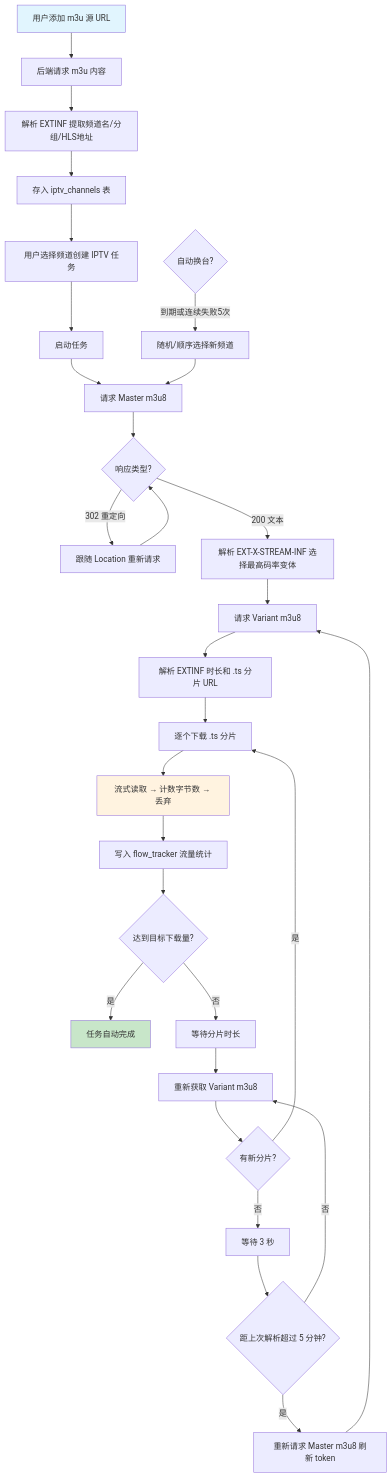
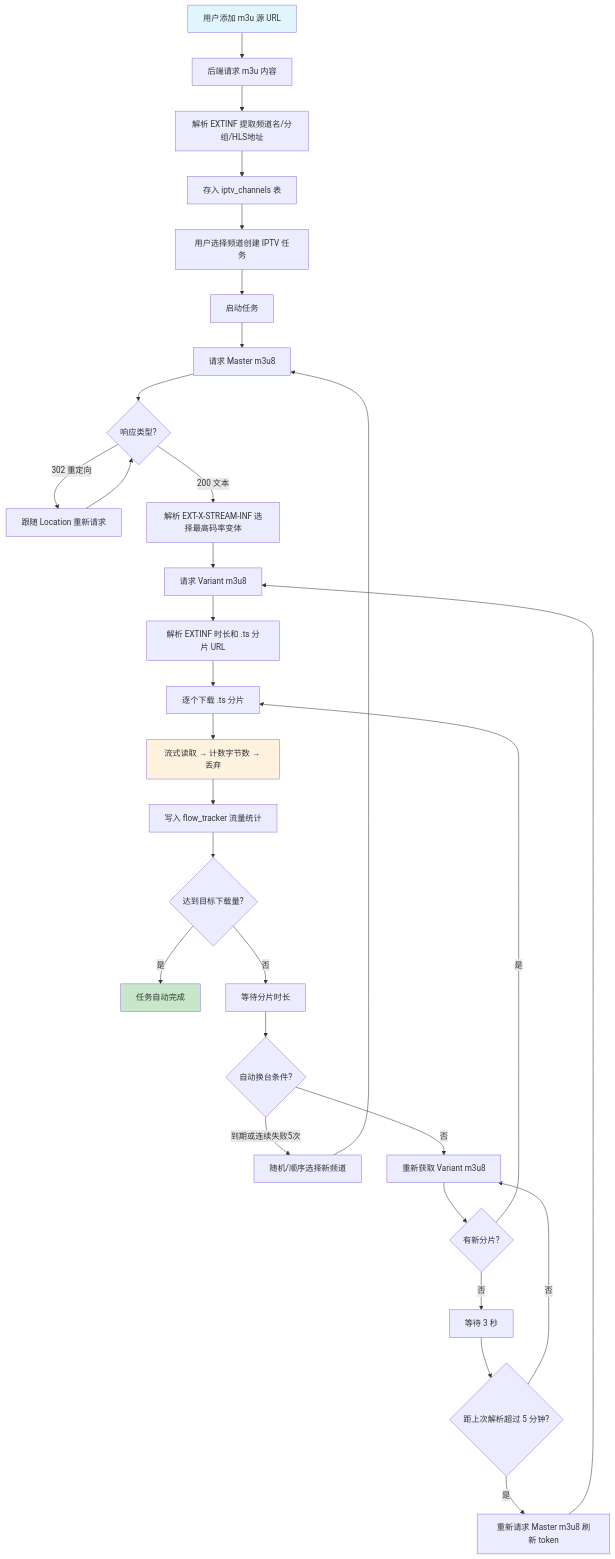
The diagram in docs/iptv-flowchart.md (steamcat1v5/brush_flow), drawn with Mermaid before and after one commit.

Commit message:
fix: correct flowchart logic flow
- Fixed 302 redirect loop: I --> H (not I --> G)
- Integrated auto-switch logic into main loop after waiting
- Added quotes to edge labels to prevent Mermaid parsing issues
- Reordered: wait → check switch → fetch new segments

````diff
--- a/docs/iptv-flowchart.md
+++ b/docs/iptv-flowchart.md
@@ -5,35 +5,36 @@
 ```mermaid
 flowchart TD
-    A[用户添加 m3u 源 URL] --> B[后端请求 m3u 内容]
-    B --> C[解析 EXTINF 提取频道名/分组/HLS地址]
-    C --> D[存入 iptv_channels 表]
-    D --> E[用户选择频道创建 IPTV 任务]
-    E --> F[启动任务]
-    F --> G[请求 Master m3u8]
-    G --> H{响应类型?}
-    H -->|302 重定向| I[跟随 Location 重新请求]
+    A["用户添加 m3u 源 URL"] --> B["后端请求 m3u 内容"]
+    B --> C["解析 EXTINF 提取频道名/分组/HLS地址"]
+    C --> D["存入 iptv_channels 表"]
+    D --> E["用户选择频道创建 IPTV 任务"]
+    E --> F["启动任务"]
+    F --> G["请求 Master m3u8"]
+    G --> H{"响应类型?"}
+    H -->|"302 重定向"| I["跟随 Location 重新请求"]
     I --> H
-    H -->|200 文本| J[解析 EXT-X-STREAM-INF 选择最高码率变体]
-    J --> K[请求 Variant m3u8]
-    K --> L[解析 EXTINF 时长和 .ts 分片 URL]
-    L --> M[逐个下载 .ts 分片]
-    M --> N[流式读取 → 计数字节数 → 丢弃]
-    N --> O[写入 flow_tracker 流量统计]
-    O --> P{达到目标下载量?}
-    P -->|是| Q[任务自动完成]
-    P -->|否| R[等待分片时长]
-    R --> S[重新获取 Variant m3u8]
-    S --> T{有新分片?}
-    T -->|是| M
-    T -->|否| U[等待 3 秒]
-    U --> V{距上次解析超过 5 分钟?}
-    V -->|是| W[重新请求 Master m3u8 刷新 token]
-    W --> K
-    V -->|否| S
-    X{自动换台?} -->|到期或连续失败5次| Y[随机/顺序选择新频道]
-    Y --> G
+    H -->|"200 文本"| J["解析 EXT-X-STREAM-INF 选择最高码率变体"]
+    J --> K["请求 Variant m3u8"]
+    K --> L["解析 EXTINF 时长和 .ts 分片 URL"]
+    L --> M["逐个下载 .ts 分片"]
+    M --> N["流式读取 → 计数字节数 → 丢弃"]
+    N --> O["写入 flow_tracker 流量统计"]
+    O --> P{"达到目标下载量?"}
+    P -->|"是"| Q["任务自动完成"]
+    P -->|"否"| R["等待分片时长"]
+    R --> S{"自动换台条件?"}
+    S -->|"到期或连续失败5次"| T["随机/顺序选择新频道"]
+    T --> G
+    S -->|"否"| U["重新获取 Variant m3u8"]
+    U --> V{"有新分片?"}
+    V -->|"是"| M
+    V -->|"否"| W["等待 3 秒"]
+    W --> X{"距上次解析超过 5 分钟?"}
+    X -->|"是"| Y["重新请求 Master m3u8 刷新 token"]
+    Y --> K
+    X -->|"否"| U
 
     style A fill:#e1f5fe
     style Q fill:#c8e6c9
     style N fill:#fff3e0
 ```
````
